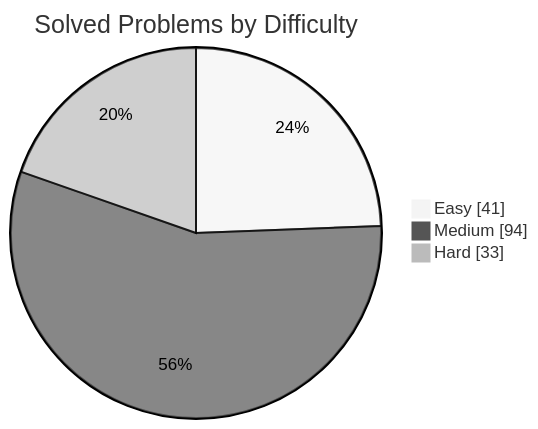
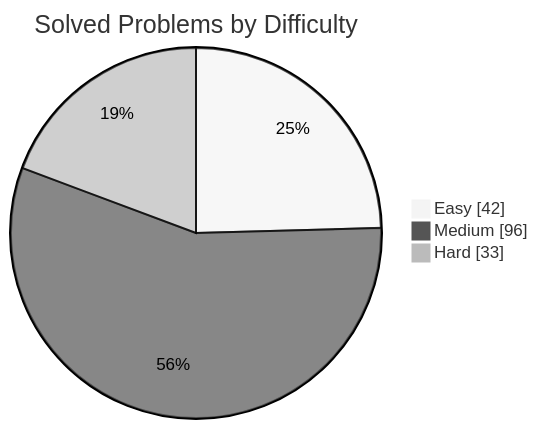
The first of 2 diagrams in README.md (manikantbindass/DSA-Preparation-FAANG), drawn with Mermaid (neutral theme) before and after one commit. The commit also changed other lines of this file, not shown here.

````diff
--- a/README.md
+++ b/README.md
@@ -38,7 +38,7 @@
 ```mermaid
 pie showData
     title Solved Problems by Difficulty
-    "Easy" : 41
-    "Medium" : 94
+    "Easy" : 42
+    "Medium" : 96
     "Hard" : 33
 ```
````
